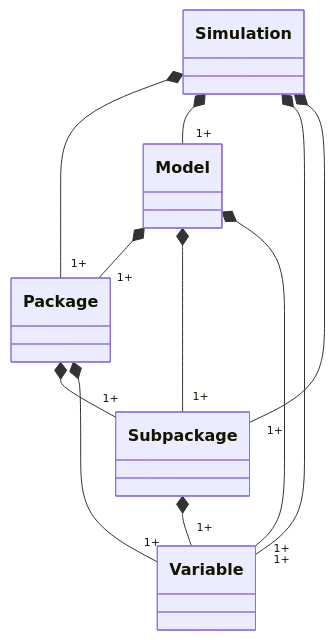
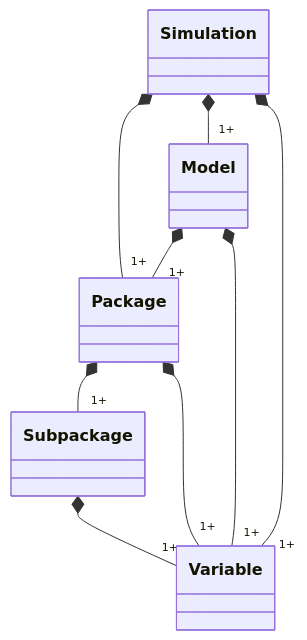
Before and after one commit to modflowpy/pyphoenix-project: the diagram in docs/dev/sdd.md, drawn with Mermaid. The commit also changed other lines of this file and 1 other file, not shown here.

````diff
--- a/docs/dev/sdd.md
+++ b/docs/dev/sdd.md
@@ -47,13 +55,11 @@
 ```mermaid
 classDiagram
     Simulation *-- "1+" Package
     Simulation *-- "1+" Model
     Simulation *-- "1+" Variable
-    Simulation *-- "1+" Subpackage
     Model *-- "1+" Package
-    Model *-- "1+" Subpackage
     Model *-- "1+" Variable
     Package *-- "1+" Subpackage
     Package *-- "1+" Variable
     Subpackage *-- "1+" Variable
 ```
````
